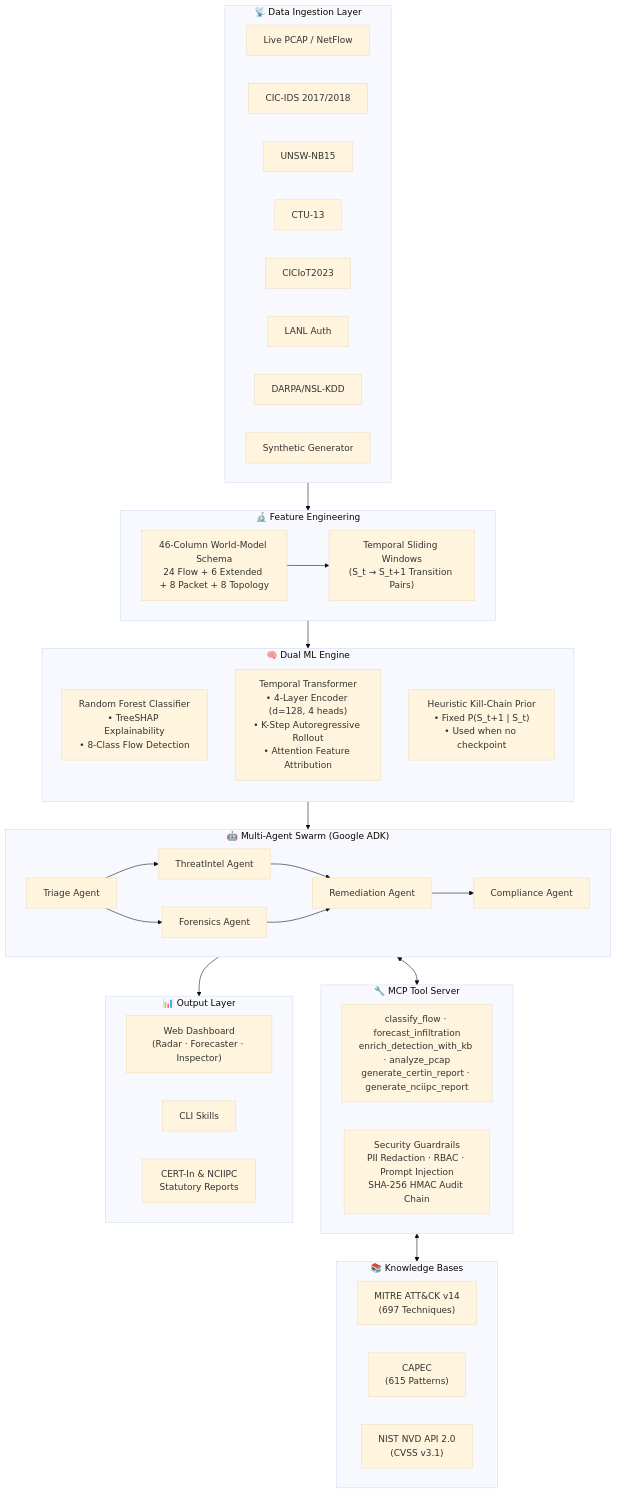
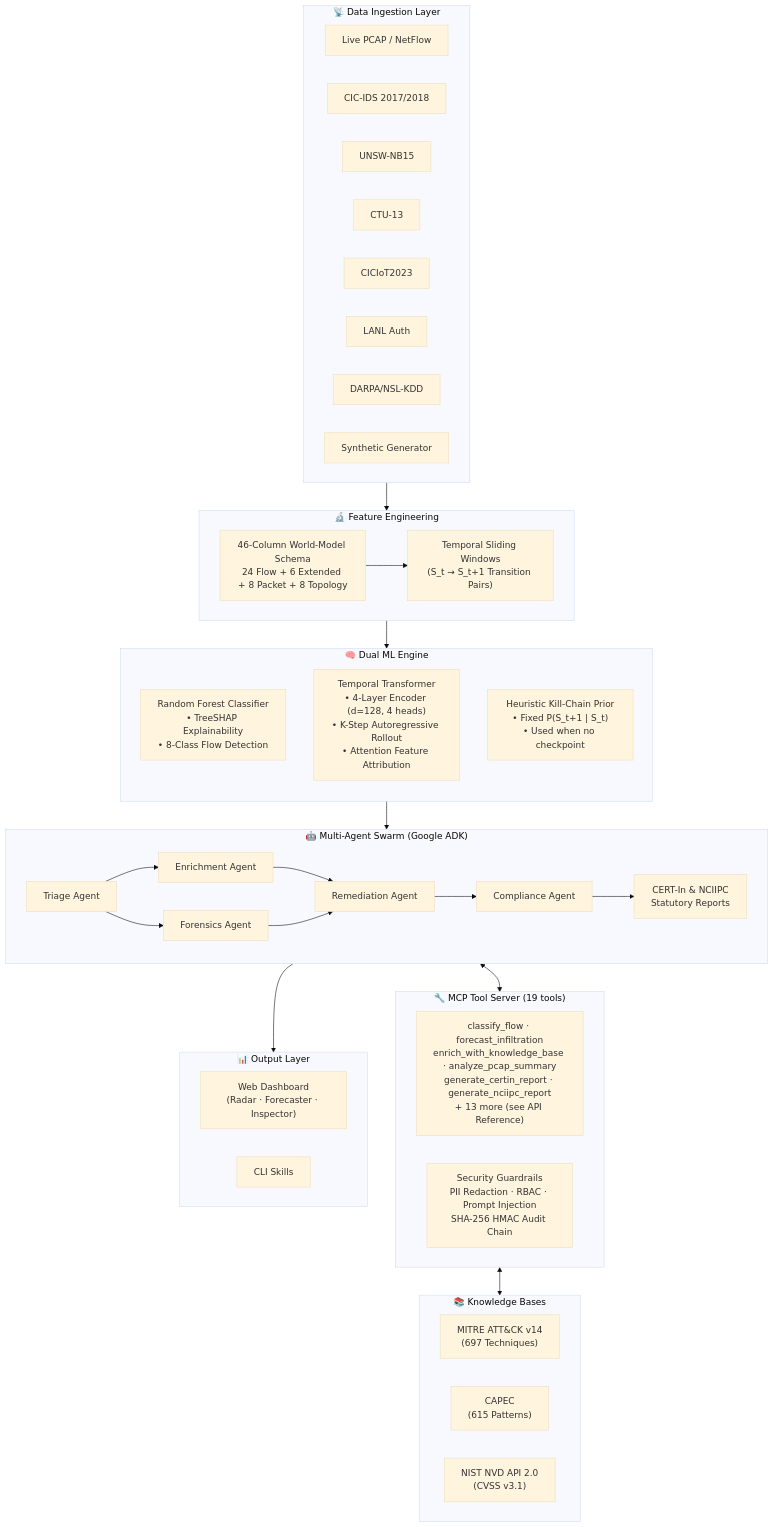
Before and after one commit to ErenSnowh/Argus: the diagram in README.md, drawn with Mermaid (base theme). The commit also changed other lines of this file and 17 other files, not shown here.

````diff
--- a/README.md
+++ b/README.md
@@ -45,61 +56,63 @@
 ```mermaid
 flowchart TD
     subgraph DATA["📡 Data Ingestion Layer"]
         direction LR
         PCAP["Live PCAP / NetFlow"]
         D1["CIC-IDS 2017/2018"]
         D2["UNSW-NB15"]
         D3["CTU-13"]
         D4["CICIoT2023"]
         D5["LANL Auth"]
         D6["DARPA/NSL-KDD"]
         D7["Synthetic Generator"]
     end
 
     subgraph FEATURE["🔬 Feature Engineering"]
         SCHEMA["46-Column World-Model Schema<br/>24 Flow + 6 Extended + 8 Packet + 8 Topology"]
         TEMPORAL["Temporal Sliding Windows<br/>(S_t → S_t+1 Transition Pairs)"]
         SCHEMA --> TEMPORAL
     end
 
     subgraph ML["🧠 Dual ML Engine"]
         direction TB
         RF["Random Forest Classifier<br/>• TreeSHAP Explainability<br/>• 8-Class Flow Detection"]
         WM["Temporal Transformer<br/>• 4-Layer Encoder (d=128, 4 heads)<br/>• K-Step Autoregressive Rollout<br/>• Attention Feature Attribution"]
         MARKOV["Heuristic Kill-Chain Prior<br/>• Fixed P(S_t+1 | S_t)<br/>• Used when no checkpoint"]
     end
 
     subgraph AGENTS["🤖 Multi-Agent Swarm (Google ADK)"]
         TRIAGE["Triage Agent"]
-        THREAT["ThreatIntel Agent"]
+        ENRICH["Enrichment Agent"]
         FORENSIC["Forensics Agent"]
         REMED["Remediation Agent"]
         COMPLY["Compliance Agent"]
-        TRIAGE --> THREAT & FORENSIC
-        THREAT & FORENSIC --> REMED
+        REPORT["Report Agent"]
+        TRIAGE --> ENRICH & FORENSIC
+        ENRICH & FORENSIC --> REMED
         REMED --> COMPLY
+        COMPLY --> REPORT
     end
 
-    subgraph MCP["🔧 MCP Tool Server"]
-        TOOLS["classify_flow · forecast_infiltration<br/>enrich_detection_with_kb · analyze_pcap<br/>generate_certin_report · generate_nciipc_report"]
+    subgraph MCP["🔧 MCP Tool Server (19 tools)"]
+        TOOLS["classify_flow · forecast_infiltration<br/>enrich_with_knowledge_base · analyze_pcap_summary<br/>generate_certin_report · generate_nciipc_report<br/>+ 13 more (see API Reference)"]
         GUARD["Security Guardrails<br/>PII Redaction · RBAC · Prompt Injection<br/>SHA-256 HMAC Audit Chain"]
     end
 
     subgraph KB["📚 Knowledge Bases"]
         ATTACK["MITRE ATT&CK v14<br/>(697 Techniques)"]
         CAPEC["CAPEC<br/>(615 Patterns)"]
         CVE["NIST NVD API 2.0<br/>(CVSS v3.1)"]
     end
 
     subgraph OUTPUT["📊 Output Layer"]
         DASH["Web Dashboard<br/>(Radar · Forecaster · Inspector)"]
         CLI_OUT["CLI Skills"]
         REPORT["CERT-In & NCIIPC<br/>Statutory Reports"]
     end
 
     DATA --> FEATURE --> ML
     ML --> AGENTS
     AGENTS <--> MCP
     MCP <--> KB
     AGENTS --> OUTPUT
 ```
````
